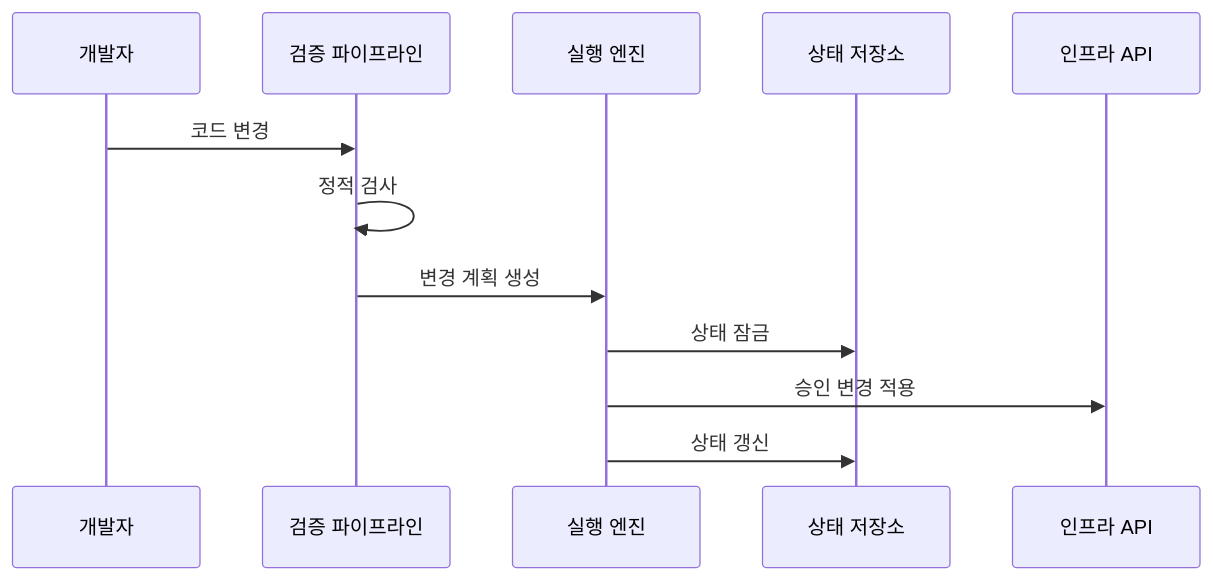
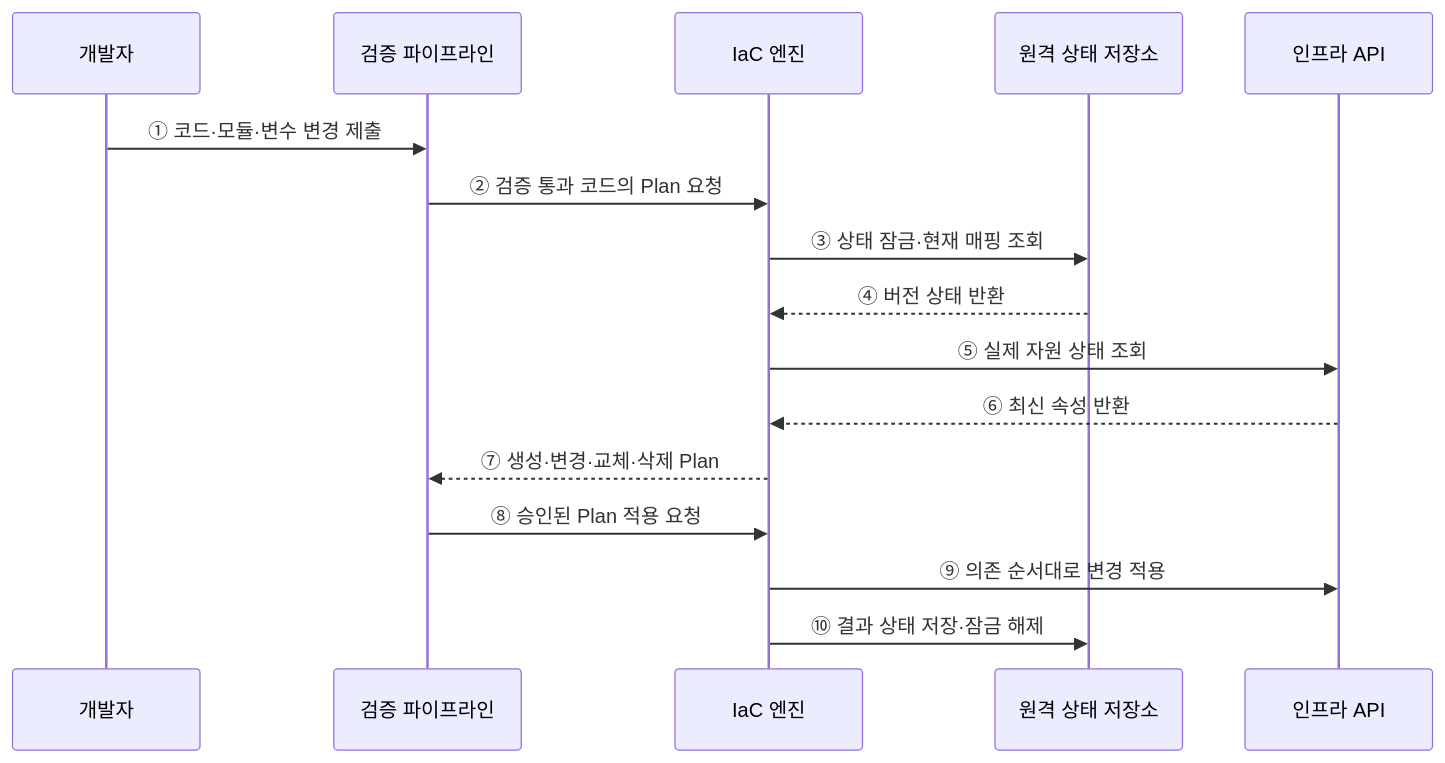
One commit to agnusdei1207/knowledge-base changed the second of 2 diagrams in src/content/docs/notes/03-software/182_infrastructure_as_code.md. Above: the diagram before and after it, drawn with Mermaid. The commit also changed other lines of this file and 12 other files, not shown here.

````diff
--- a/src/content/docs/notes/03-software/182_infrastructure_as_code.md
+++ b/src/content/docs/notes/03-software/182_infrastructure_as_code.md
@@ -79,14 +72,18 @@
 ```mermaid
 sequenceDiagram
     participant D as 개발자
     participant P as 검증 파이프라인
-    participant E as 실행 엔진
-    participant S as 상태 저장소
+    participant E as IaC 엔진
+    participant S as 원격 상태 저장소
     participant I as 인프라 API
-    D->>P: 코드 변경
-    P->>P: 정적 검사
-    P->>E: 변경 계획 생성
-    E->>S: 상태 잠금
-    E->>I: 승인 변경 적용
-    E->>S: 상태 갱신
+    D->>P: ① 코드·모듈·변수 변경 제출
+    P->>E: ② 검증 통과 코드의 Plan 요청
+    E->>S: ③ 상태 잠금·현재 매핑 조회
+    S-->>E: ④ 버전 상태 반환
+    E->>I: ⑤ 실제 자원 상태 조회
+    I-->>E: ⑥ 최신 속성 반환
+    E-->>P: ⑦ 생성·변경·교체·삭제 Plan
+    P->>E: ⑧ 승인된 Plan 적용 요청
+    E->>I: ⑨ 의존 순서대로 변경 적용
+    E->>S: ⑩ 결과 상태 저장·잠금 해제
 ```
````
